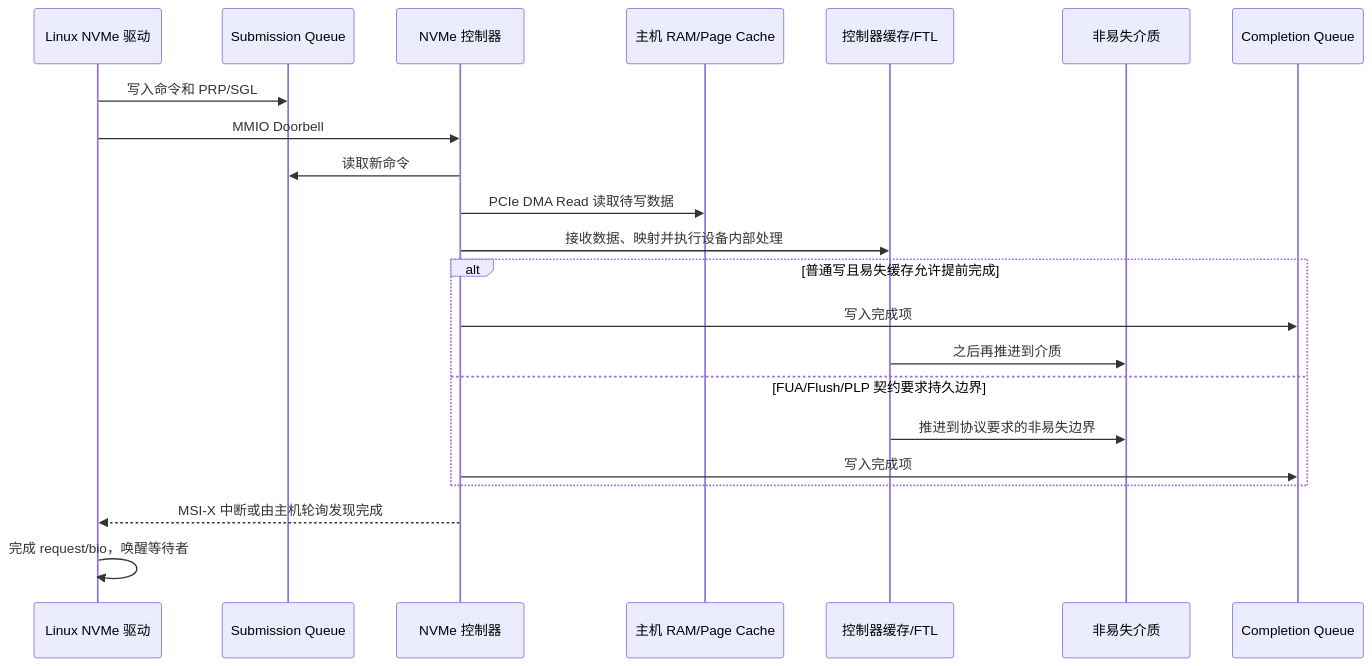
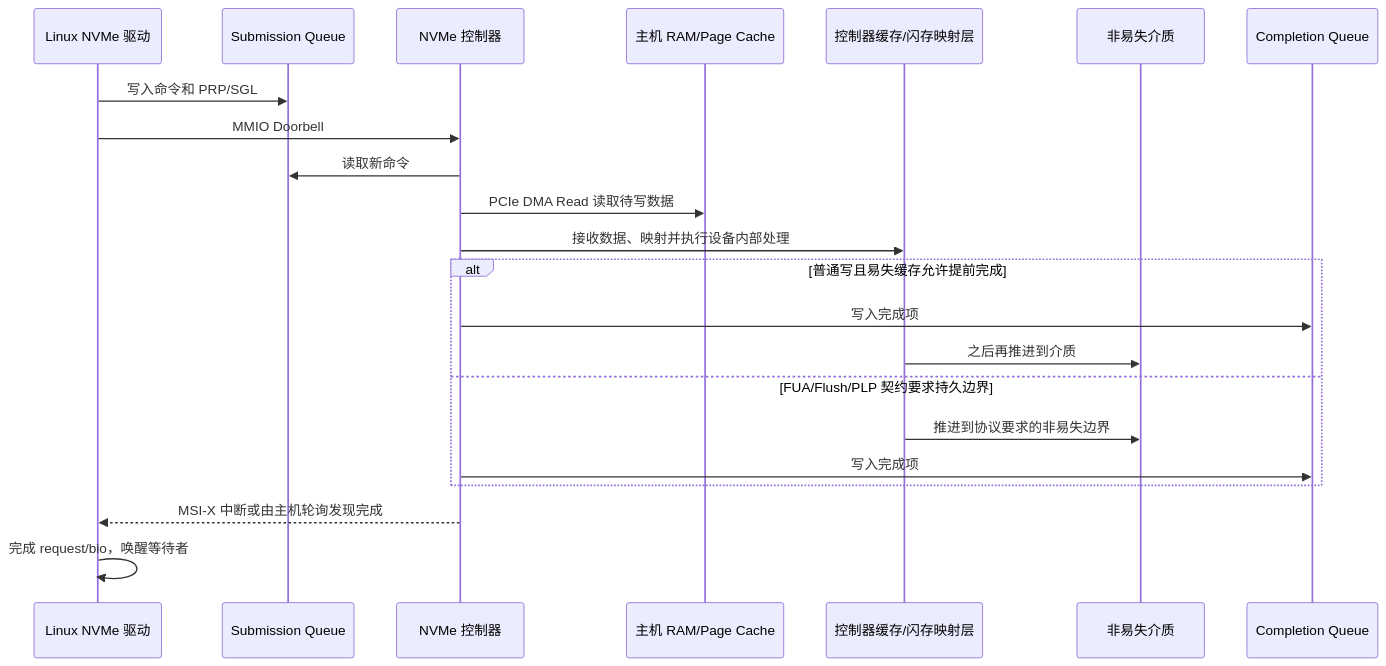
The fifth of 6 diagrams in books/ai/src/systems/file_write_path.md (xizheyin/hft-book-rs), drawn with Mermaid before and after one commit. The commit also changed other lines of this file and 79 other files, not shown here.

````diff
--- a/books/ai/src/systems/file_write_path.md
+++ b/books/ai/src/systems/file_write_path.md
@@ -407,25 +432,25 @@
 ```mermaid
 sequenceDiagram
     participant K as Linux NVMe 驱动
     participant SQ as Submission Queue
     participant C as NVMe 控制器
     participant RAM as 主机 RAM/Page Cache
-    participant VC as 控制器缓存/FTL
+    participant VC as 控制器缓存/闪存映射层
     participant NAND as 非易失介质
     participant CQ as Completion Queue
 
     K->>SQ: 写入命令和 PRP/SGL
     K->>C: MMIO Doorbell
     C->>SQ: 读取新命令
     C->>RAM: PCIe DMA Read 读取待写数据
     C->>VC: 接收数据、映射并执行设备内部处理
     alt 普通写且易失缓存允许提前完成
         C->>CQ: 写入完成项
         VC->>NAND: 之后再推进到介质
     else FUA/Flush/PLP 契约要求持久边界
         VC->>NAND: 推进到协议要求的非易失边界
         C->>CQ: 写入完成项
     end
     C-->>K: MSI-X 中断或由主机轮询发现完成
     K->>K: 完成 request/bio，唤醒等待者
 ```
````
